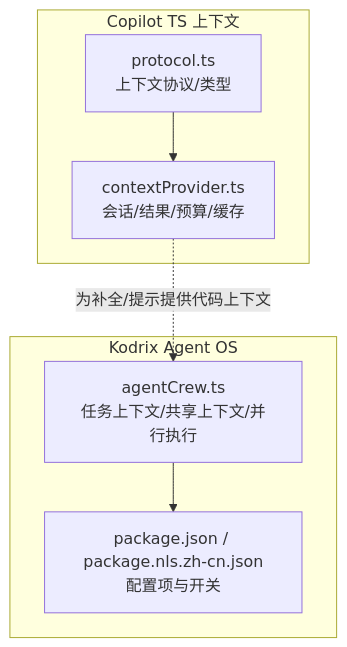
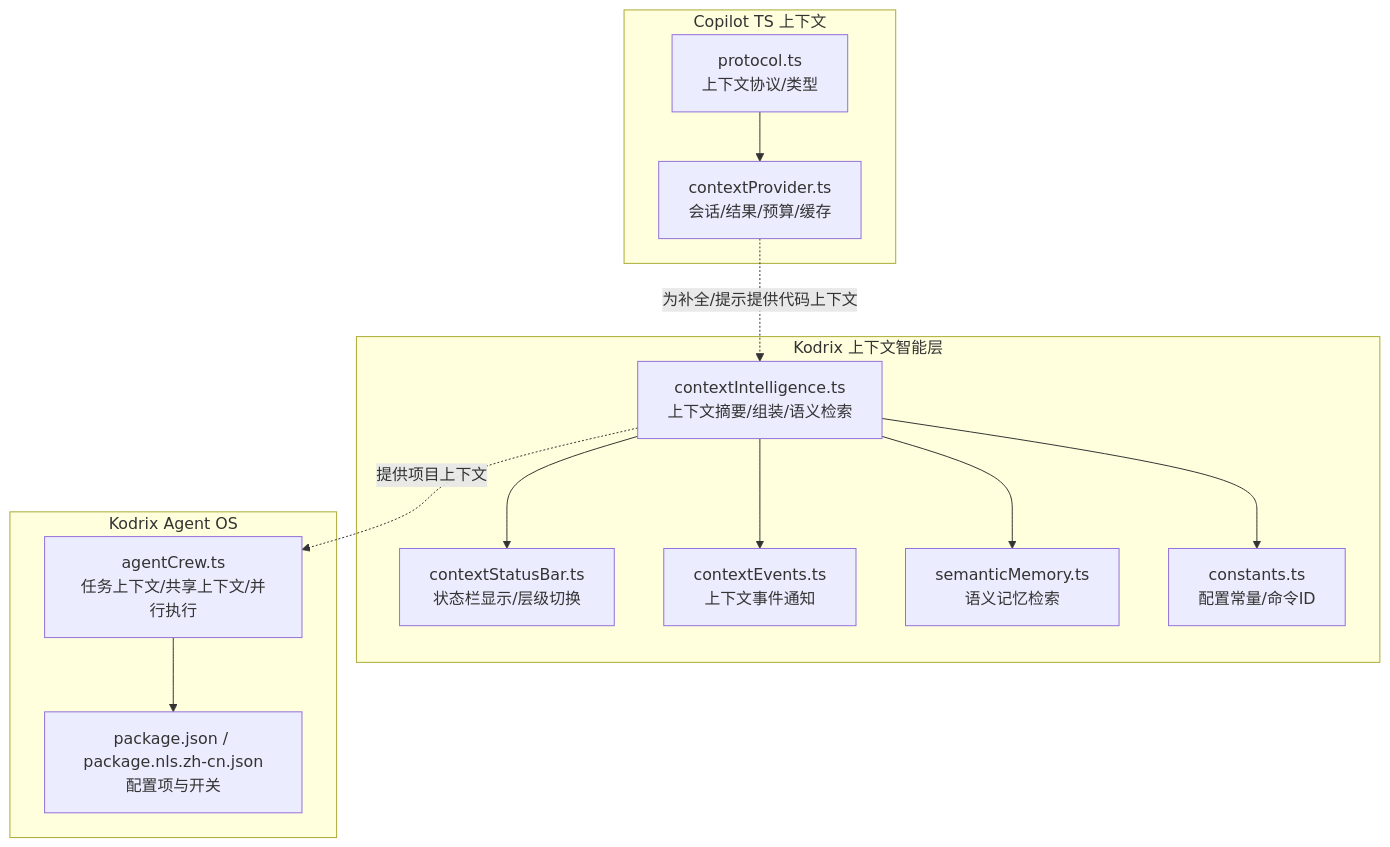
The first of 5 diagrams in .qoder/repowiki/zh/content/架构设计/Agent 操作系统架构/上下文管理机制.md (sofate798/KodrixCode), drawn with Mermaid before and after one commit. The commit also changed other lines of this file and 84 other files, not shown here.

````diff
--- a/.qoder/repowiki/zh/content/架构设计/Agent 操作系统架构/上下文管理机制.md
+++ b/.qoder/repowiki/zh/content/架构设计/Agent 操作系统架构/上下文管理机制.md
@@ -37,14 +51,26 @@
 ```mermaid
 graph TB
 subgraph "Copilot TS 上下文"
 A["protocol.ts<br/>上下文协议/类型"]
 B["contextProvider.ts<br/>会话/结果/预算/缓存"]
 end
+subgraph "Kodrix 上下文智能层"
+C["contextIntelligence.ts<br/>上下文摘要/组装/语义检索"]
+D["contextStatusBar.ts<br/>状态栏显示/层级切换"]
+E["contextEvents.ts<br/>上下文事件通知"]
+F["semanticMemory.ts<br/>语义记忆检索"]
+G["constants.ts<br/>配置常量/命令ID"]
+end
 subgraph "Kodrix Agent OS"
-C["agentCrew.ts<br/>任务上下文/共享上下文/并行执行"]
-D["package.json / package.nls.zh-cn.json<br/>配置项与开关"]
+H["agentCrew.ts<br/>任务上下文/共享上下文/并行执行"]
+I["package.json / package.nls.zh-cn.json<br/>配置项与开关"]
 end
 A --> B
 C --> D
+C --> E
+C --> F
+C --> G
+H --> I
 B -.->|为补全/提示提供代码上下文| C
+C -.->|提供项目上下文| H
 ```
````
